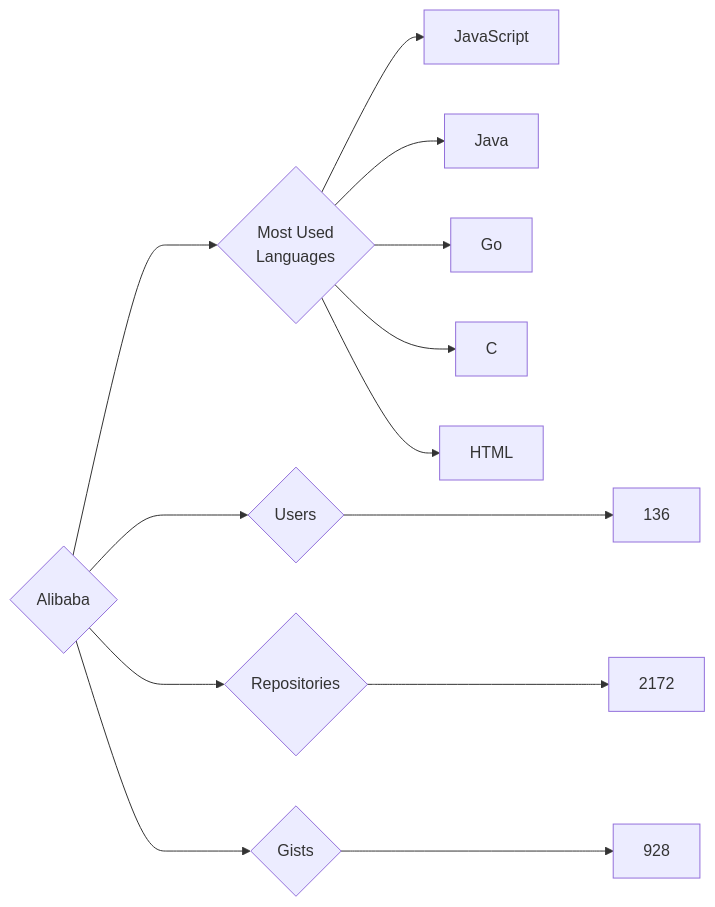
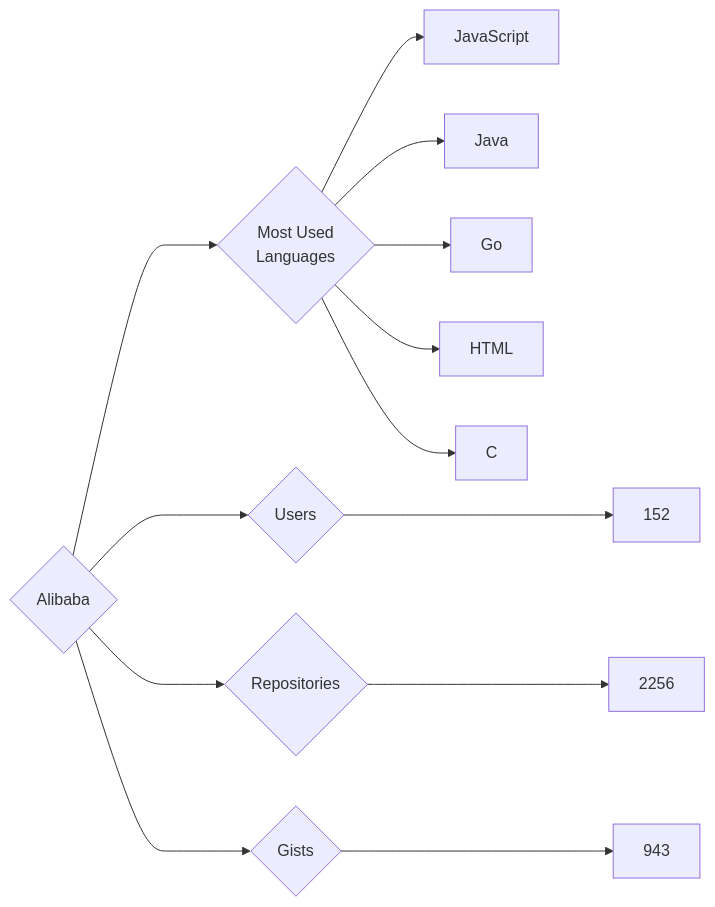
The diagram in targets/Alibaba/README.md (trickest/insiders), drawn with Mermaid before and after one commit. The commit also changed 775 other files, not shown here.

````diff
--- a/targets/Alibaba/README.md
+++ b/targets/Alibaba/README.md
@@ -3,13 +3,13 @@
 ```mermaid
 graph LR
 COMPANY_NAME{Alibaba}
-COMPANY_NAME ---> U{Users} ---> UN[136]
-COMPANY_NAME ---> R{Repositories} ---> RN[2172]
-COMPANY_NAME ---> G{Gists} ---> GN[928]
+COMPANY_NAME ---> U{Users} ---> UN[152]
+COMPANY_NAME ---> R{Repositories} ---> RN[2256]
+COMPANY_NAME ---> G{Gists} ---> GN[943]
 COMPANY_NAME ---> ML{Most Used<br>Languages}
 ML --> JavaScript[JavaScript]
 ML --> Java[Java]
 ML --> Go[Go]
+ML --> HTML[HTML]
 ML --> C[C]
-ML --> HTML[HTML]
 ```
````
